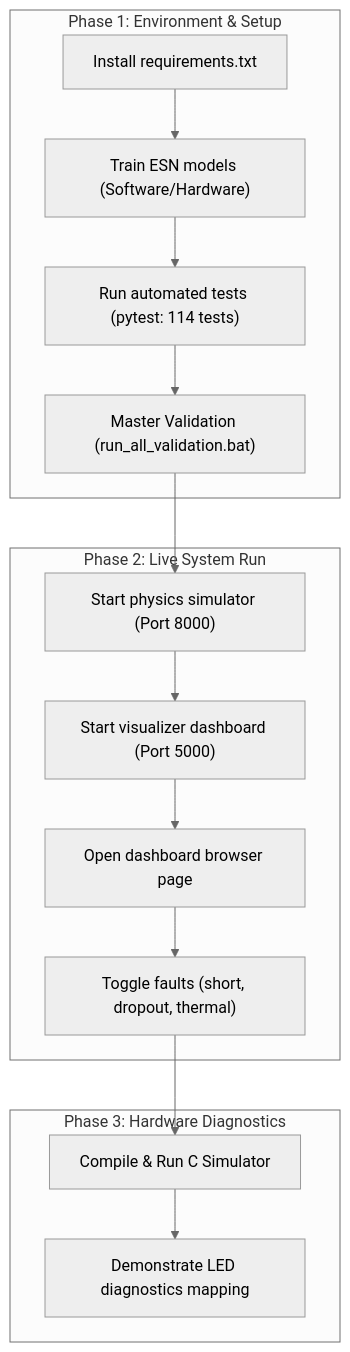
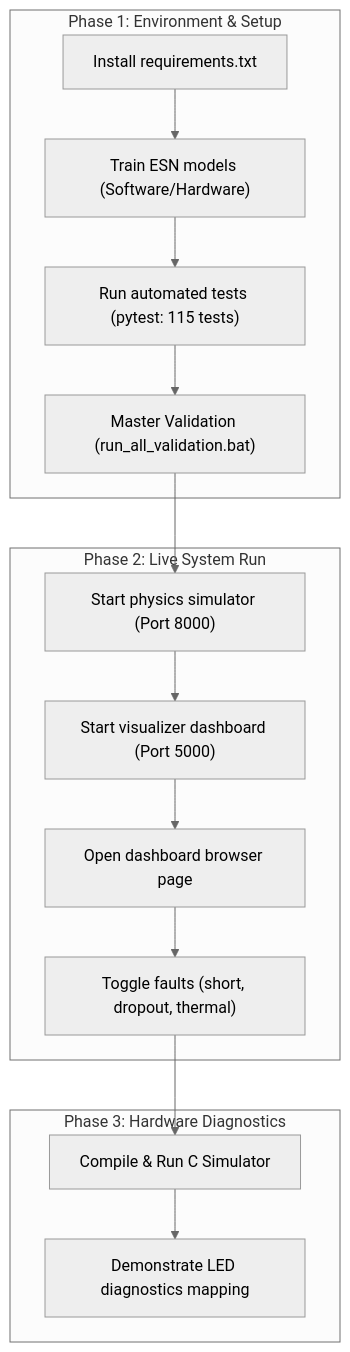
Before and after one commit to tanish-jain-225/Battery_State_Estimator_BE_Project_2026_2027: the diagram in docs/Resources/DEMO_CHECKLIST.md, drawn with Mermaid (neutral theme). The commit also changed 138 other files, not shown here.

````diff
--- a/docs/Resources/DEMO_CHECKLIST.md
+++ b/docs/Resources/DEMO_CHECKLIST.md
@@ -15,31 +15,31 @@
 ```mermaid
 flowchart TD
     subgraph Phase 1: Environment & Setup
         Setup_1["Install requirements.txt"]
         Setup_2["Train ESN models (Software/Hardware)"]
-        Setup_3["Run automated tests (pytest: 114 tests)"]
+        Setup_3["Run automated tests (pytest: 115 tests)"]
         Setup_4["Master Validation (run_all_validation.bat)"]
         Setup_1 --> Setup_2
         Setup_2 --> Setup_3
         Setup_3 --> Setup_4
     end
 
     subgraph Phase 2: Live System Run
         Run_1["Start physics simulator (Port 8000)"]
         Run_2["Start visualizer dashboard (Port 5000)"]
         Run_3["Open dashboard browser page"]
         Run_4["Toggle faults (short, dropout, thermal)"]
         Run_1 --> Run_2
         Run_2 --> Run_3
         Run_3 --> Run_4
     end
 
     subgraph Phase 3: Hardware Diagnostics
         HW_1["Compile & Run C Simulator"]
         HW_2["Demonstrate LED diagnostics mapping"]
         HW_1 --> HW_2
     end
 
     Setup_4 --> Run_1
     Run_4 --> HW_1
 ```
````
